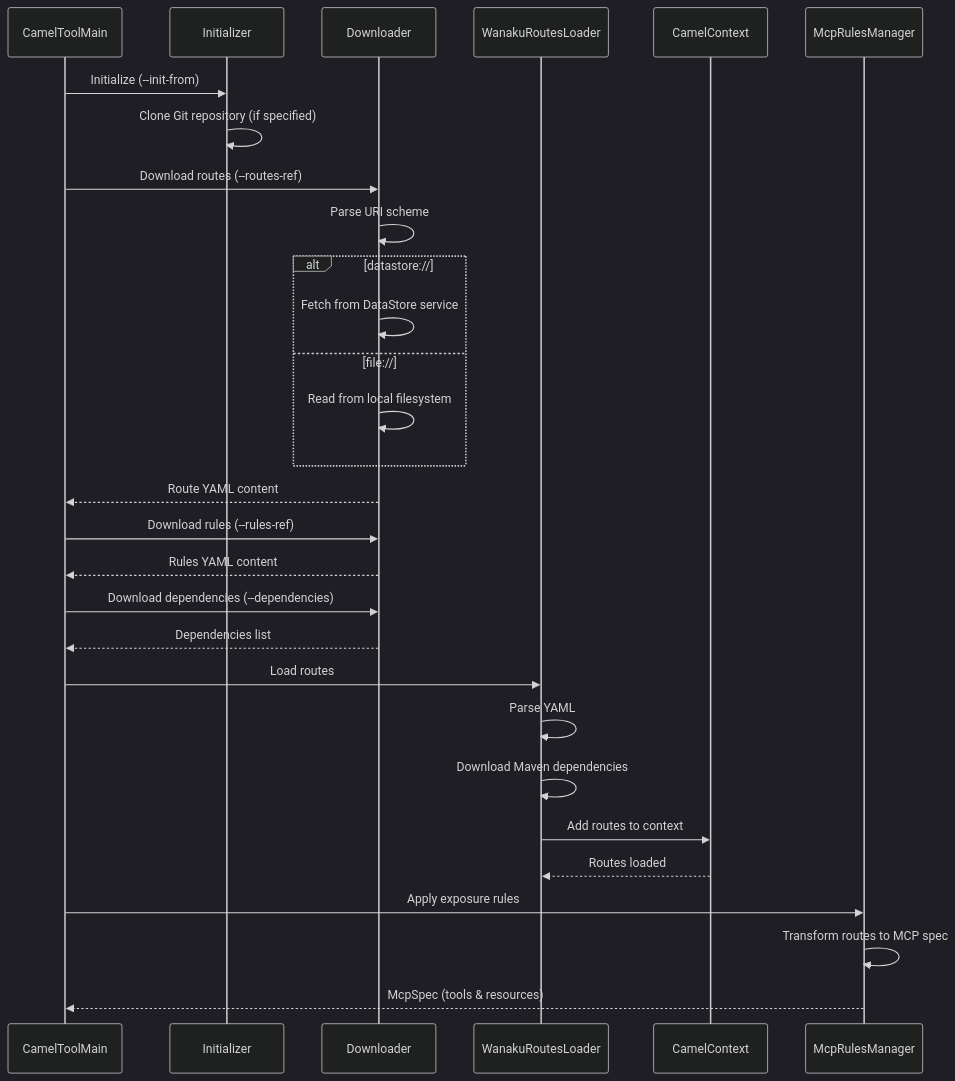
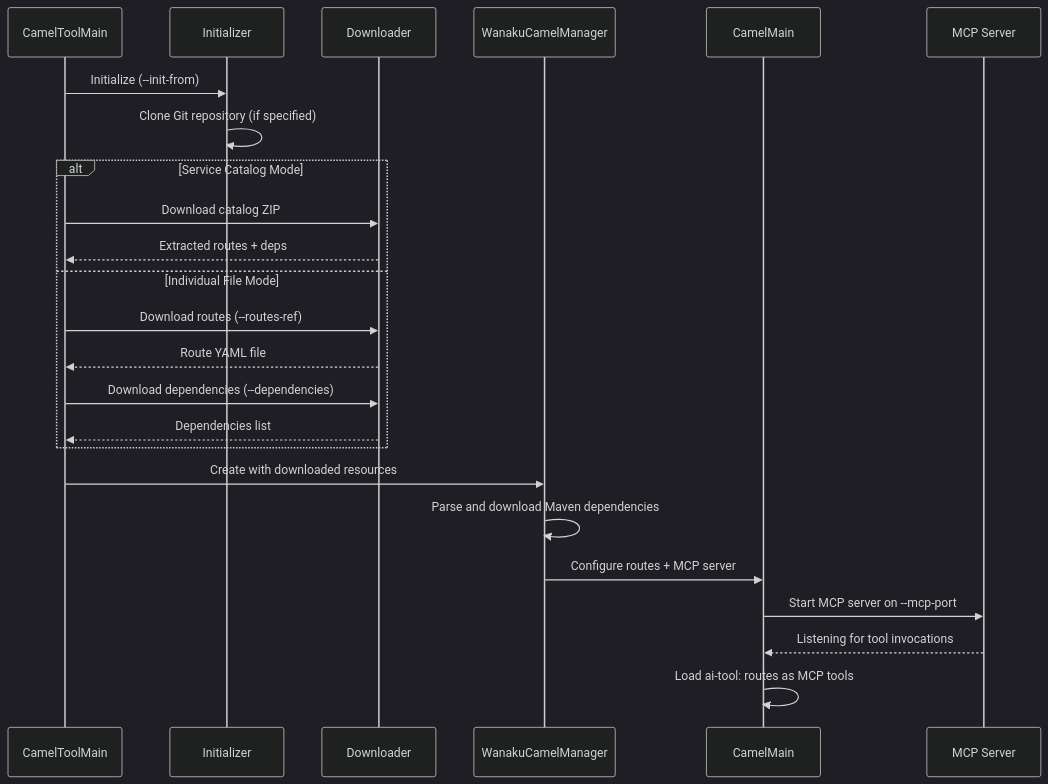
Before and after one commit to wanaku-ai/camel-integration-capability: the third of 5 diagrams in docs/architecture.md, drawn with Mermaid (dark theme). The commit also changed other lines of this file and 35 other files, not shown here.

First line of the commit message:
Adapt CIC for Wanaku Praxis and Camel 4.22 MCP server

````diff
--- a/docs/architecture.md
+++ b/docs/architecture.md
@@ -124,37 +75,29 @@
 ```mermaid
 sequenceDiagram
     participant Main as CamelToolMain
     participant Init as Initializer
     participant Down as Downloader
-    participant Loader as WanakuRoutesLoader
-    participant Camel as CamelContext
-    participant Rules as McpRulesManager
+    participant Manager as WanakuCamelManager
+    participant Camel as CamelMain
+    participant MCP as MCP Server
 
     Main->>Init: Initialize (--init-from)
     Init->>Init: Clone Git repository (if specified)
 
-    Main->>Down: Download routes (--routes-ref)
-    Down->>Down: Parse URI scheme
-    alt datastore://
-        Down->>Down: Fetch from DataStore service
-    else file://
-        Down->>Down: Read from local filesystem
+    alt Service Catalog Mode
+        Main->>Down: Download catalog ZIP
+        Down-->>Main: Extracted routes + deps
+    else Individual File Mode
+        Main->>Down: Download routes (--routes-ref)
+        Down-->>Main: Route YAML file
+        Main->>Down: Download dependencies (--dependencies)
+        Down-->>Main: Dependencies list
     end
-    Down-->>Main: Route YAML content
 
-    Main->>Down: Download rules (--rules-ref)
-    Down-->>Main: Rules YAML content
-
-    Main->>Down: Download dependencies (--dependencies)
-    Down-->>Main: Dependencies list
-
-    Main->>Loader: Load routes
-    Loader->>Loader: Parse YAML
-    Loader->>Loader: Download Maven dependencies
-    Loader->>Camel: Add routes to context
-    Camel-->>Loader: Routes loaded
-
-    Main->>Rules: Apply exposure rules
-    Rules->>Rules: Transform routes to MCP spec
-    Rules-->>Main: McpSpec (tools & resources)
+    Main->>Manager: Create with downloaded resources
+    Manager->>Manager: Parse and download Maven dependencies
+    Manager->>Camel: Configure routes + MCP server
+    Camel->>MCP: Start MCP server on --mcp-port
+    MCP-->>Camel: Listening for tool invocations
+    Camel->>Camel: Load ai-tool: routes as MCP tools
 ```
````
